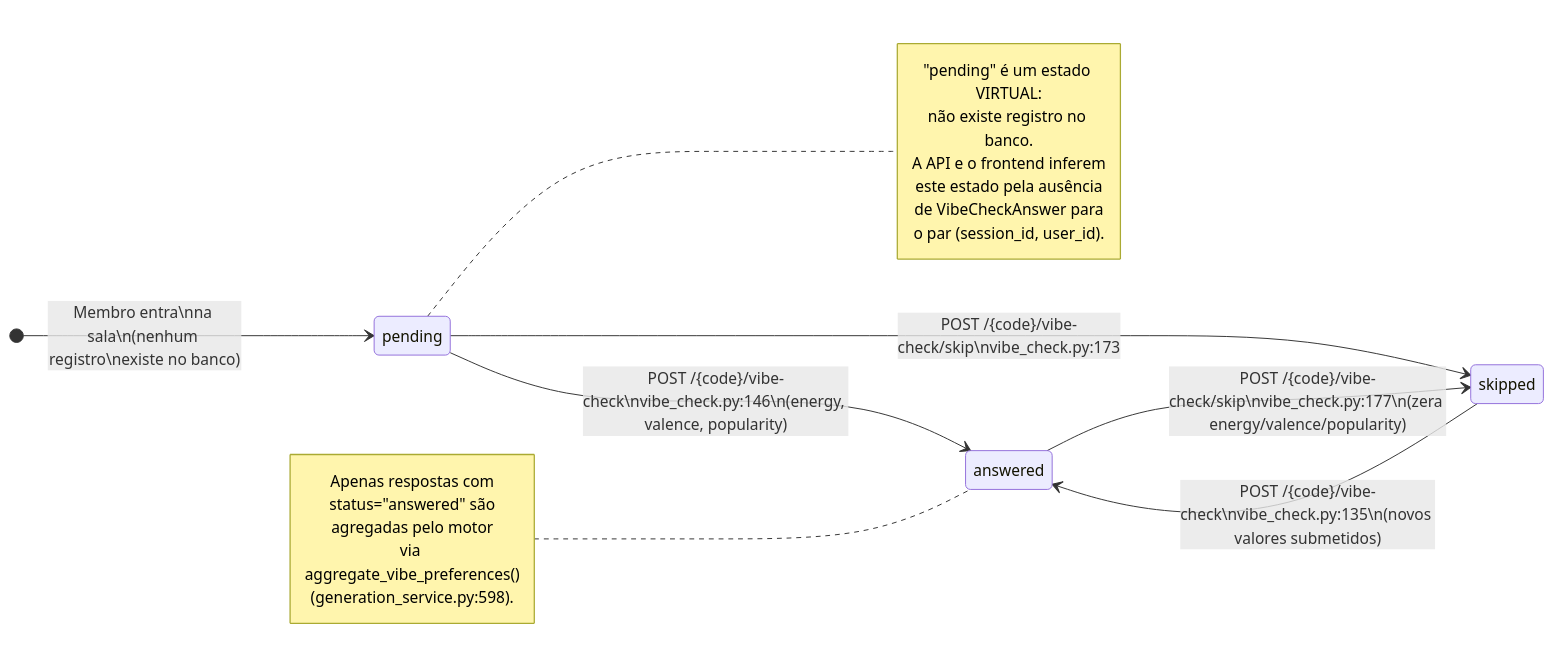
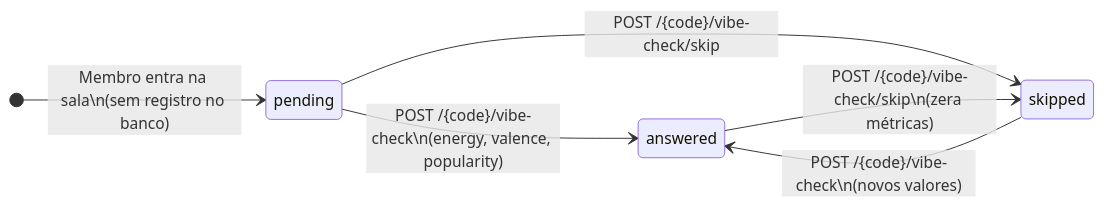
One commit to micaeltoscano/group-music-recommender changed the first of 2 diagrams in diagrams/atividades-estados/03-estados-vibecheck-track.md. Above: the diagram before and after it, drawn with Mermaid. The commit also changed other lines of this file and 12 other files, not shown here.

Commit message:
docs(diagrams): padroniza diagramas ERD, arquiteturais e de estados com layouts limpos e imagens de alta resolucao

````diff
--- a/diagrams/atividades-estados/03-estados-vibecheck-track.md
+++ b/diagrams/atividades-estados/03-estados-vibecheck-track.md
@@ -7,29 +7,12 @@
 ```mermaid
 stateDiagram-v2
     direction LR
 
-    [*] --> pending : Membro entra\nna sala\n(nenhum registro\nexiste no banco)
+    [*] --> pending : Membro entra na sala\n(sem registro no banco)
 
-    pending --> answered : POST /{code}/vibe-check\nvibe_check.py:146\n(energy, valence, popularity)
-    pending --> skipped : POST /{code}/vibe-check/skip\nvibe_check.py:173
+    pending --> answered : POST /{code}/vibe-check\n(energy, valence, popularity)
+    pending --> skipped : POST /{code}/vibe-check/skip
 
-    answered --> skipped : POST /{code}/vibe-check/skip\nvibe_check.py:177\n(zera energy/valence/popularity)
-    skipped --> answered : POST /{code}/vibe-check\nvibe_check.py:135\n(novos valores submetidos)
-
-    note right of pending
-        "pending" é um estado VIRTUAL:
-        não existe registro no banco.
-        A API e o frontend inferem
-        este estado pela ausência
-        de VibeCheckAnswer para
-        o par (session_id, user_id).
-    end note
-
-    note left of answered
-        Apenas respostas com
-        status="answered" são
-        agregadas pelo motor
-        via aggregate_vibe_preferences()
-        (generation_service.py:598).
-    end note
+    answered --> skipped : POST /{code}/vibe-check/skip\n(zera métricas)
+    skipped --> answered : POST /{code}/vibe-check\n(novos valores)
 ```
````
